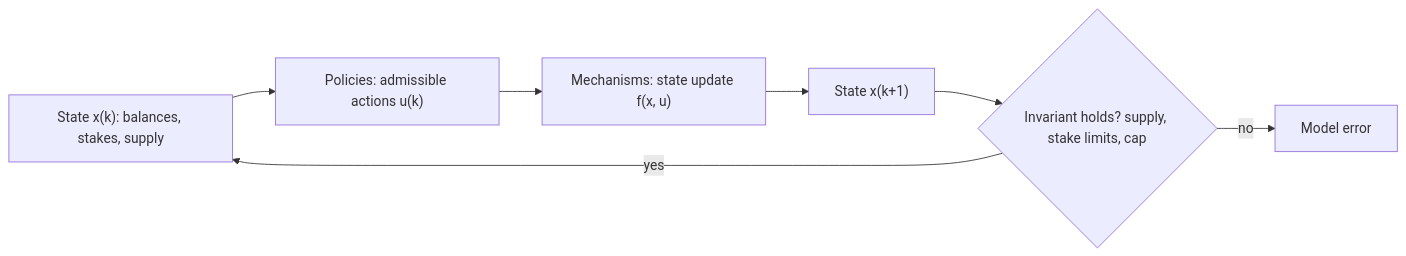
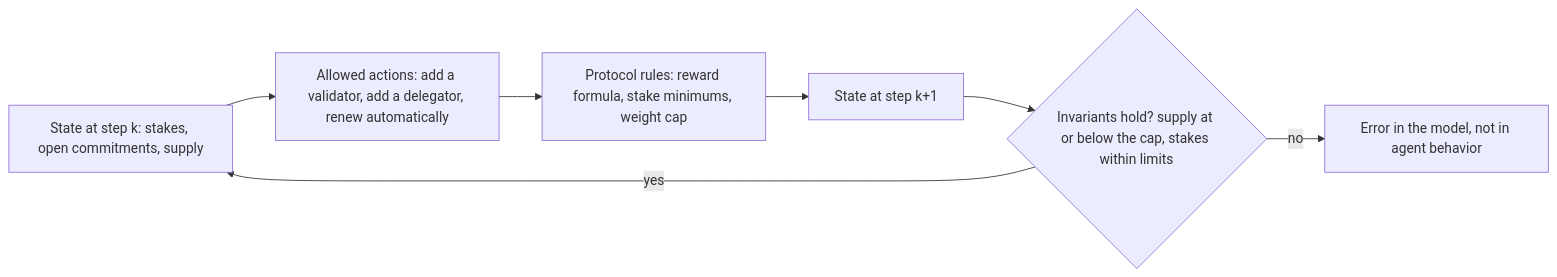
The diagram in content/Phase II/Wiki/Collections/Supplementary Research Papers/2018 State-Space Modeling of Blockchain Economies.md (bonding-curves/avalanche-phase-ii-research), drawn with Mermaid before and after one commit. The commit also changed other lines of this file and 27 other files, not shown here.

````diff
--- a/content/Phase II/Wiki/Collections/Supplementary Research Papers/2018 State-Space Modeling of Blockchain Economies.md
+++ b/content/Phase II/Wiki/Collections/Supplementary Research Papers/2018 State-Space Modeling of Blockchain Economies.md
@@ -24,9 +20,9 @@
 ```mermaid
 flowchart LR
-  X0["State x(k): balances, stakes, supply"] --> P["Policies: admissible actions u(k)"]
-  P --> M["Mechanisms: state update f(x, u)"]
-  M --> X1["State x(k+1)"]
-  X1 --> I{"Invariant holds? supply, stake limits, cap"}
+  X0["State at step k: stakes, open commitments, supply"] --> P["Allowed actions: add a validator, add a delegator, renew automatically"]
+  P --> M["Protocol rules: reward formula, stake minimums, weight cap"]
+  M --> X1["State at step k+1"]
+  X1 --> I{"Invariants hold? supply at or below the cap, stakes within limits"}
   I -->|"yes"| X0
-  I -->|"no"| E["Model error"]
+  I -->|"no"| E["Error in the model, not in agent behavior"]
 ```
````
